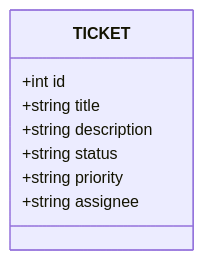
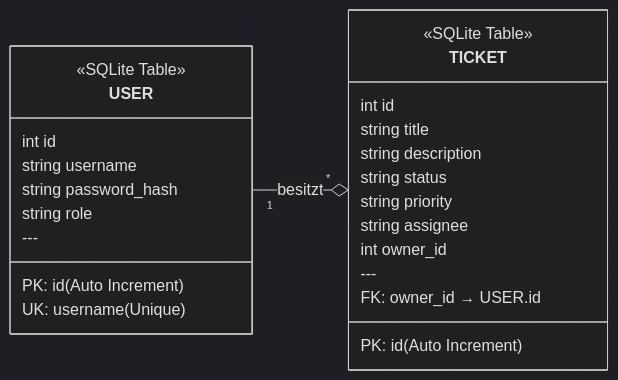
The diagram in README.md (Dimas53/ticket_tracker), drawn with Mermaid before and after one commit. The commit also changed other lines of this file and 9 other files, not shown here.

````diff
--- a/README.md
+++ b/README.md
@@ -118,11 +294,32 @@
 ```mermaid
+%%{init: {'theme':'dark'}}%%
 classDiagram
+    direction LR
+    
+    class USER {
+        <<SQLite Table>>
+        int id
+        string username
+        string password_hash
+        string role
+        ---
+        PK: id(Auto Increment)
+        UK: username(Unique)
+    }
+    
     class TICKET {
-        +int id
-        +string title
-        +string description
-        +string status
-        +string priority
-        +string assignee
+        <<SQLite Table>>
+        int id
+        string title
+        string description
+        string status
+        string priority
+        string assignee
+        int owner_id
+        ---
+        FK: owner_id → USER.id
+        PK: id(Auto Increment)
     }
+    
+    USER "1" --o "*" TICKET : besitzt
 ```
````
